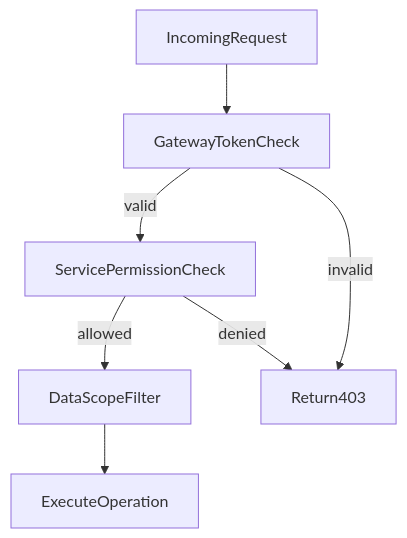
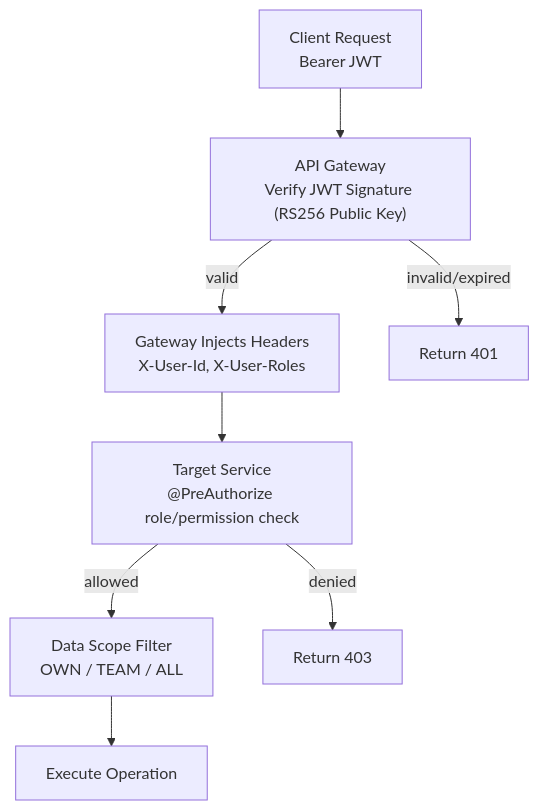
Before and after one commit to huylekha/SpringCRM: the second of 2 diagrams in docs/architecture/rbac-model.md, drawn with Mermaid. The commit also changed other lines of this file and 31 other files, not shown here.

````diff
--- a/docs/architecture/rbac-model.md
+++ b/docs/architecture/rbac-model.md
@@ -61,16 +79,19 @@
 ```mermaid
 flowchart TB
-  RequestIn[IncomingRequest]
-  TokenCheck[GatewayTokenCheck]
-  PermCheck[ServicePermissionCheck]
-  ScopeFilter[DataScopeFilter]
-  Execute[ExecuteOperation]
-  Deny403[Return403]
+  RequestIn["Client Request\nBearer JWT"]
+  GWVerify["API Gateway\nVerify JWT Signature (RS256 Public Key)"]
+  GWInject["Gateway Injects Headers\nX-User-Id, X-User-Roles"]
+  SvcRoleCheck["Target Service\n@PreAuthorize role/permission check"]
+  ScopeFilter[Data Scope Filter\nOWN / TEAM / ALL]
+  Execute[Execute Operation]
+  Deny403[Return 403]
+  Deny401[Return 401]
 
-  RequestIn --> TokenCheck
-  TokenCheck -->|"valid"| PermCheck
-  TokenCheck -->|"invalid"| Deny403
-  PermCheck -->|"allowed"| ScopeFilter
-  PermCheck -->|"denied"| Deny403
+  RequestIn --> GWVerify
+  GWVerify -->|"valid"| GWInject
+  GWVerify -->|"invalid/expired"| Deny401
+  GWInject --> SvcRoleCheck
+  SvcRoleCheck -->|"allowed"| ScopeFilter
+  SvcRoleCheck -->|"denied"| Deny403
   ScopeFilter --> Execute
 ```
````
